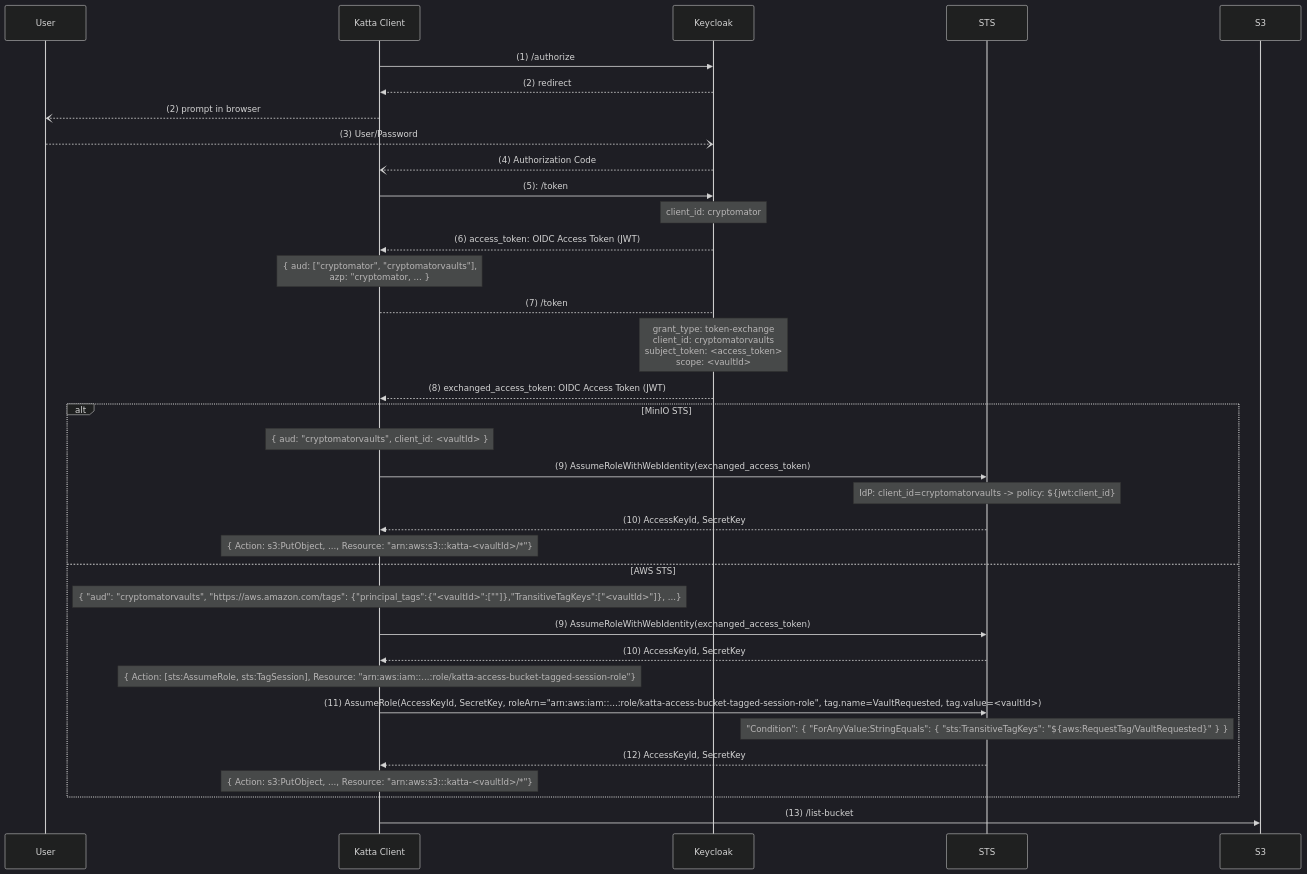
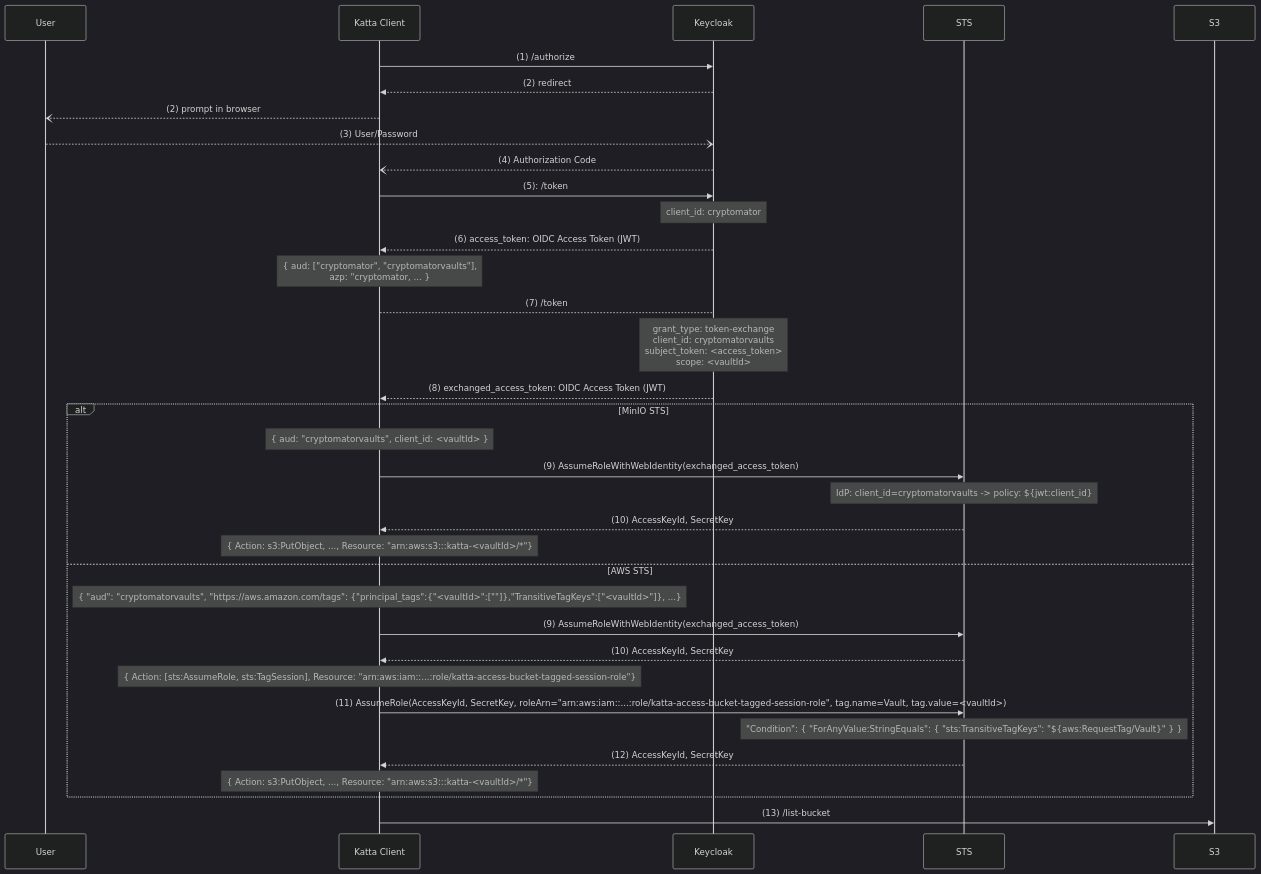
One commit to shift7-ch/katta-docs changed the first of 3 diagrams in docs/architecture/tokens.md. Above: the diagram before and after it, drawn with Mermaid (dark theme). The commit also changed other lines of this file, not shown here.

Commit message:
Use default tag name.

````diff
--- a/docs/architecture/tokens.md
+++ b/docs/architecture/tokens.md
@@ -76,39 +76,39 @@
 ```mermaid
 sequenceDiagram
     participant User
     participant Katta Client
     participant Keycloak
     participant STS
     participant S3
     Katta Client ->> Keycloak: (1) /authorize
     Keycloak -->> Katta Client: (2) redirect
     Katta Client --) User: (2) prompt in browser
     User --) Keycloak: (3) User/Password
     Keycloak --) Katta Client: (4) Authorization Code
     Katta Client ->> Keycloak: (5): /token
     Note over Keycloak: client_id: cryptomator
     Keycloak -->> Katta Client: (6) access_token: OIDC Access Token (JWT)
     Note over Katta Client: { aud: ["cryptomator", "cryptomatorvaults"], <br/>azp: "cryptomator, ... }
     Katta Client --> Keycloak: (7) /token
     Note over Keycloak: grant_type: token-exchange<br/>client_id: cryptomatorvaults <br/> subject_token: <access_token><br/> scope: <vaultId>
     Keycloak -->> Katta Client: (8) exchanged_access_token: OIDC Access Token (JWT)
 alt MinIO STS
 Note over Katta Client: { aud: "cryptomatorvaults", client_id: <vaultId> }
 Katta Client ->> STS: (9) AssumeRoleWithWebIdentity(exchanged_access_token)
 Note over STS: IdP: client_id=cryptomatorvaults -> policy: ${jwt:client_id}
 STS -->> Katta Client: (10) AccessKeyId, SecretKey
 Note over Katta Client: { Action: s3:PutObject, ..., Resource: "arn:aws:s3:::katta-<vaultId>/*"}
 else AWS STS
 Note over Katta Client: { "aud": "cryptomatorvaults", "https://aws.amazon.com/tags": {"principal_tags":{"<vaultId>":[""]},"TransitiveTagKeys":["<vaultId>"]}, ...}
 Katta Client ->> STS: (9) AssumeRoleWithWebIdentity(exchanged_access_token)
 STS -->> Katta Client: (10) AccessKeyId, SecretKey
 Note over Katta Client: { Action: [sts:AssumeRole, sts:TagSession], Resource: "arn:aws:iam::...:role/katta-access-bucket-tagged-session-role"}
-Katta Client ->> STS: (11) AssumeRole(AccessKeyId, SecretKey, roleArn="arn:aws:iam::...:role/katta-access-bucket-tagged-session-role", tag.name=VaultRequested, tag.value=<vaultId>)
-Note over STS: "Condition": { "ForAnyValue:StringEquals": { "sts:TransitiveTagKeys": "${aws:RequestTag/VaultRequested}" } }
+Katta Client ->> STS: (11) AssumeRole(AccessKeyId, SecretKey, roleArn="arn:aws:iam::...:role/katta-access-bucket-tagged-session-role", tag.name=Vault, tag.value=<vaultId>)
+Note over STS: "Condition": { "ForAnyValue:StringEquals": { "sts:TransitiveTagKeys": "${aws:RequestTag/Vault}" } }
 STS -->> Katta Client: (12) AccessKeyId, SecretKey
 Note over Katta Client: { Action: s3:PutObject, ..., Resource: "arn:aws:s3:::katta-<vaultId>/*"}
 end
 Katta Client ->> S3: (13) /list-bucket
 
 
 ```
````
